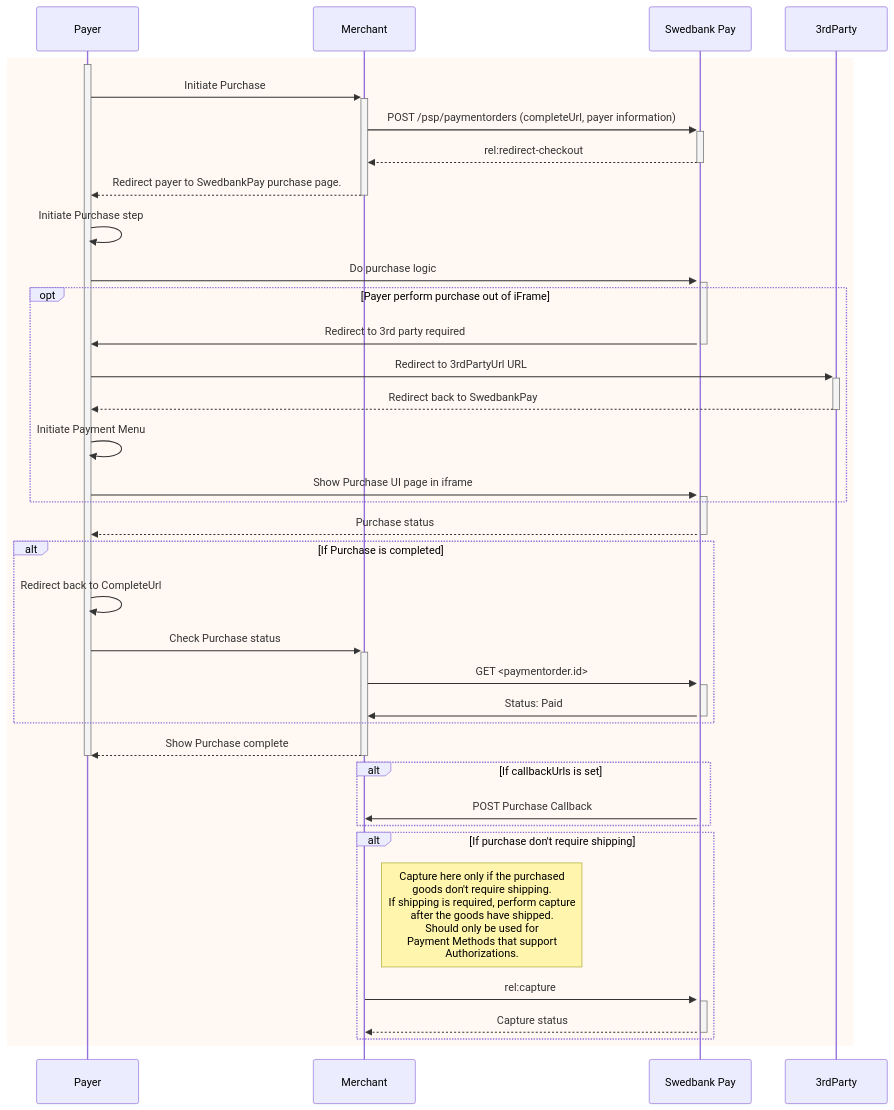
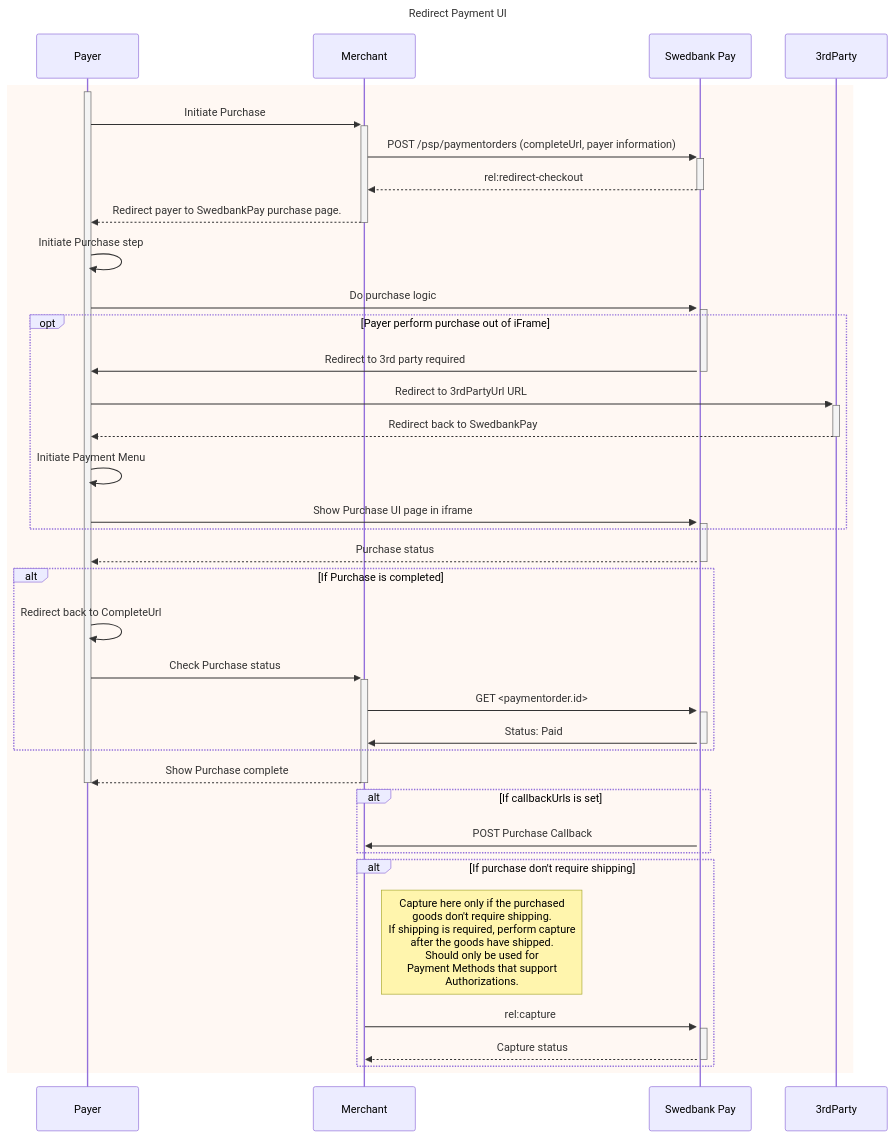
One commit to SwedbankPay/developer.swedbankpay.com changed the diagram in _includes/redirect-payment-ui.md. Above: the diagram before and after it, drawn with Mermaid. The commit also changed 66 other files, not shown here.

Commit message:
Added titles in sequence diagrams

````diff
--- a/_includes/redirect-payment-ui.md
+++ b/_includes/redirect-payment-ui.md
@@ -77,49 +77,50 @@
 ```mermaid
 sequenceDiagram
+title: Redirect Payment UI
 participant Payer
 participant Merchant
 participant SwedbankPay as Swedbank Pay
 participant 3rdParty
 
 rect rgba(238, 112, 35, 0.05)
     activate Payer
     Payer ->>+ Merchant: Initiate Purchase
     Merchant ->>+ SwedbankPay: POST /psp/paymentorders (completeUrl, payer information)
     SwedbankPay -->>- Merchant: rel:redirect-checkout
     Merchant -->>- Payer: Redirect payer to SwedbankPay purchase page.
     Payer ->> Payer: Initiate Purchase step
     Payer ->>+ SwedbankPay: Do purchase logic
     activate SwedbankPay
 
     opt Payer perform purchase out of iFrame
         SwedbankPay ->>- Payer: Redirect to 3rd party required
         Payer ->>+ 3rdParty: Redirect to 3rdPartyUrl URL
         3rdParty -->>- Payer: Redirect back to SwedbankPay
         Payer ->> Payer: Initiate Payment Menu
         Payer ->>+ SwedbankPay: Show Purchase UI page in iframe
     end
 
     SwedbankPay -->>- Payer: Purchase status
 
     alt If Purchase is completed
         Payer ->> Payer: Redirect back to CompleteUrl
         Payer ->>+ Merchant: Check Purchase status
         Merchant ->>+ SwedbankPay: GET <paymentorder.id>
         SwedbankPay ->>- Merchant: Status: Paid
     end
-    
+
     Merchant -->>- Payer: Show Purchase complete
     deactivate Payer
-    
+
     alt If callbackUrls is set
         SwedbankPay ->> Merchant: POST Purchase Callback
     end
 
     alt If purchase don't require shipping
       note right of Merchant: Capture here only if the purchased<br/>goods don't require shipping.<br/>If shipping is required, perform capture<br/>after the goods have shipped.<br>Should only be used for <br>Payment Methods that support <br>Authorizations.
       Merchant ->>+ SwedbankPay: rel:capture
       SwedbankPay -->>- Merchant: Capture status
     end
 
 end
 ```
````
